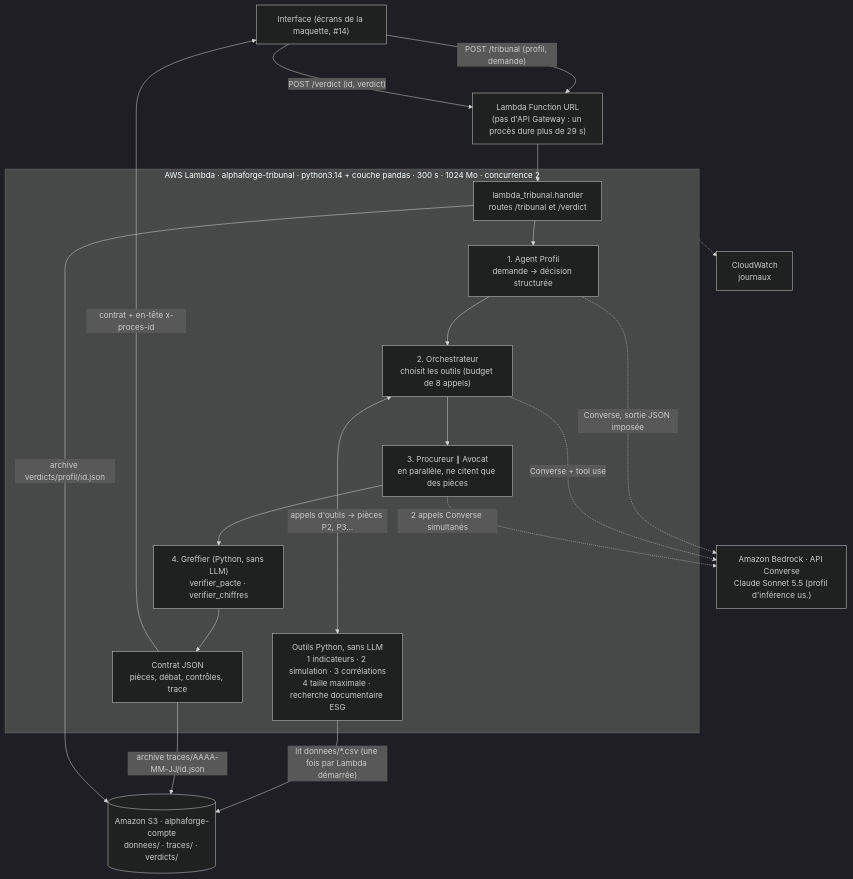
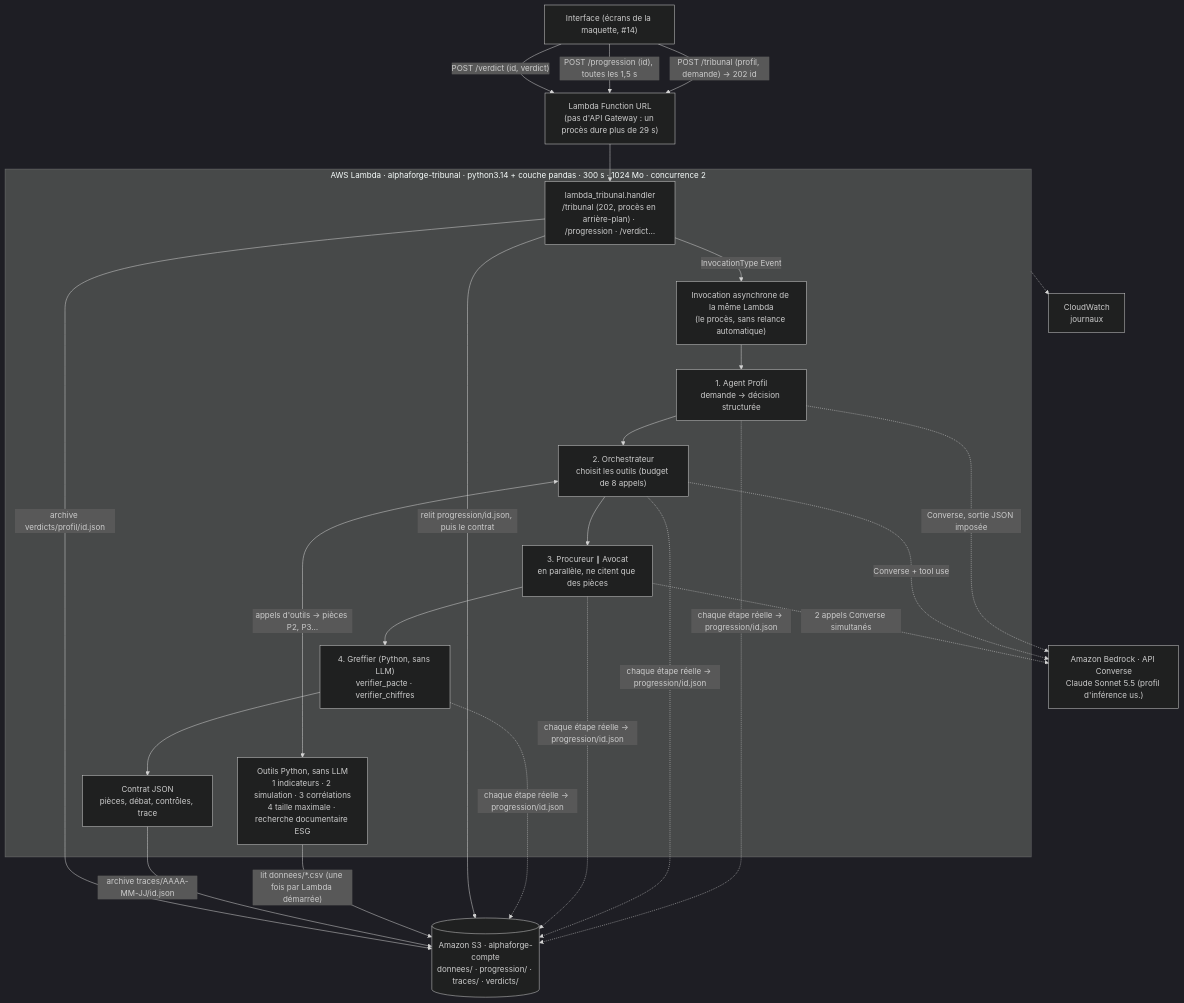
Before and after one commit to yanisbenboudaoud/Astree: the diagram in docs/architecture.md, drawn with Mermaid (dark theme). The commit also changed other lines of this file and 29 other files, not shown here.

First line of the commit message:
Affiche la vraie progression du procès en direct pendant l'attente (#90)

````diff
--- a/docs/architecture.md
+++ b/docs/architecture.md
@@ -5,36 +5,39 @@
 ```mermaid
 flowchart TB
     UI["Interface (écrans de la maquette, #14)"]
     URL["Lambda Function URL<br/>(pas d'API Gateway : un procès dure plus de 29 s)"]
 
     subgraph LAMBDA["AWS Lambda · alphaforge-tribunal · python3.14 + couche pandas · 300 s · 1024 Mo · concurrence 2"]
-        H["lambda_tribunal.handler<br/>routes /tribunal et /verdict"]
+        H["lambda_tribunal.handler<br/>/tribunal (202, procès en arrière-plan) · /progression · /verdict…"]
+        A["Invocation asynchrone de la même Lambda<br/>(le procès, sans relance automatique)"]
         P1["1. Agent Profil<br/>demande → décision structurée"]
         P2["2. Orchestrateur<br/>choisit les outils (budget de 8 appels)"]
         OUT["Outils Python, sans LLM<br/>1 indicateurs · 2 simulation · 3 corrélations<br/>4 taille maximale · recherche documentaire ESG"]
         P3["3. Procureur ∥ Avocat<br/>en parallèle, ne citent que des pièces"]
         P4["4. Greffier (Python, sans LLM)<br/>verifier_pacte · verifier_chiffres"]
         C["Contrat JSON<br/>pièces, débat, contrôles, trace"]
-        H --> P1 --> P2
+        H -->|"InvocationType Event"| A --> P1 --> P2
         P2 <-->|"appels d'outils → pièces P2, P3…"| OUT
         P2 --> P3 --> P4 --> C
     end
 
     BR["Amazon Bedrock · API Converse<br/>Claude Sonnet 5.5 (profil d'inférence us.)"]
-    S3[("Amazon S3 · alphaforge-compte<br/>donnees/ · traces/ · verdicts/")]
+    S3[("Amazon S3 · alphaforge-compte<br/>donnees/ · progression/ · traces/ · verdicts/")]
     CW["CloudWatch<br/>journaux"]
 
-    UI -->|"POST /tribunal (profil, demande)"| URL
+    UI -->|"POST /tribunal (profil, demande) → 202 id"| URL
+    UI -->|"POST /progression (id), toutes les 1,5 s"| URL
     UI -->|"POST /verdict (id, verdict)"| URL
     URL --> H
-    C -->|"contrat + en-tête x-proces-id"| UI
+    P1 & P2 & P3 & P4 -.->|"chaque étape réelle → progression/id.json"| S3
+    H -->|"relit progression/id.json, puis le contrat"| S3
 
     P1 -.->|"Converse, sortie JSON imposée"| BR
     P2 -.->|"Converse + tool use"| BR
     P3 -.->|"2 appels Converse simultanés"| BR
 
     OUT -->|"lit donnees/*.csv (une fois par Lambda démarrée)"| S3
     C -->|"archive traces/AAAA-MM-JJ/id.json"| S3
     H -->|"archive verdicts/profil/id.json"| S3
     LAMBDA -.-> CW
 ```
````
